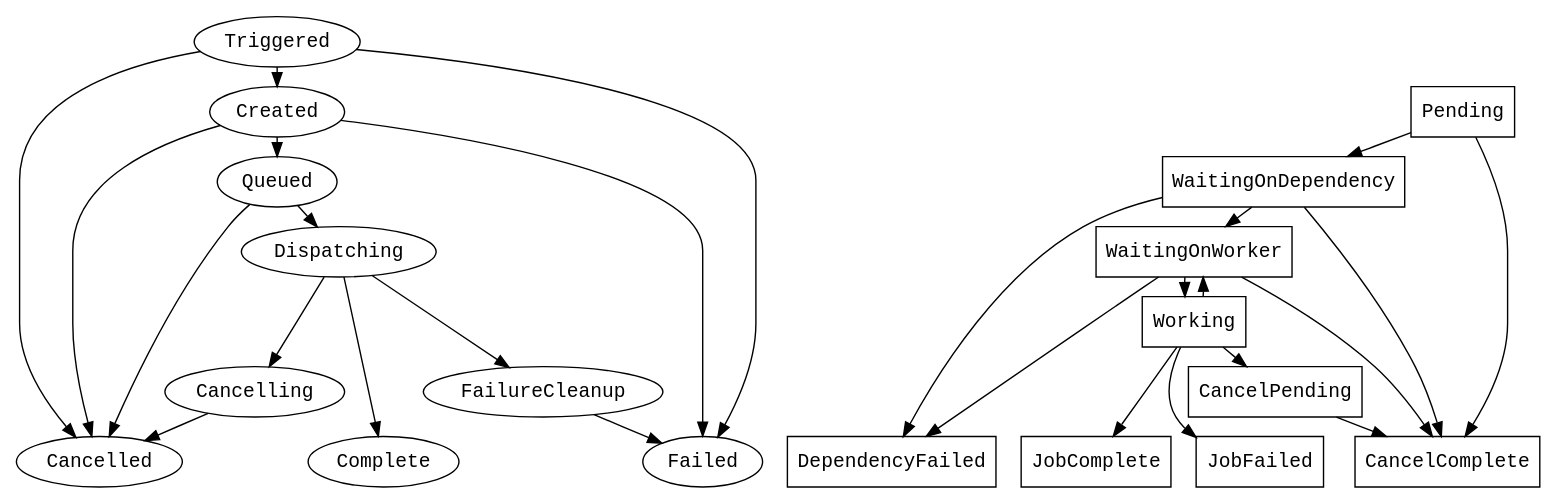
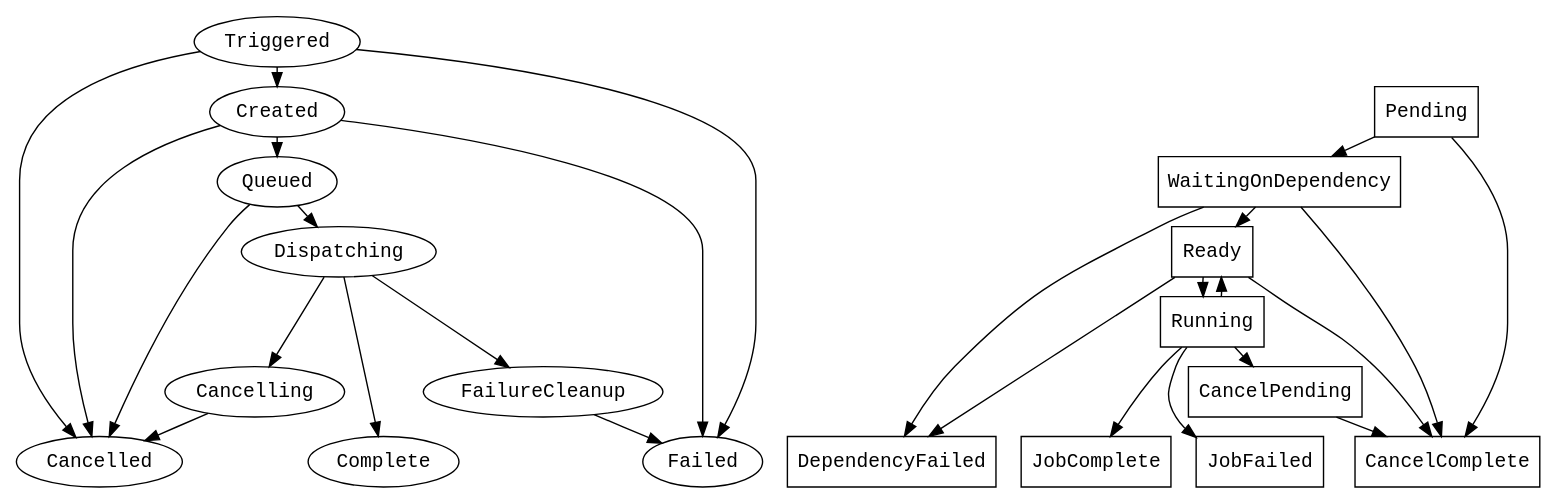
Before and after one commit to habitat-sh/builder: the diagram in components/builder-jobsrv/docs/states.dot, drawn with Graphviz. The commit also changed 9 other files, not shown here.

```diff
--- a/components/builder-jobsrv/docs/states.dot
+++ b/components/builder-jobsrv/docs/states.dot
@@ -1,79 +1,79 @@
 digraph STATES {
 
   ranksep=0.2;
 
 ////////////////////////////////////////////////////////////////////////
 // Group states
 node[fontname="Courier", shape=oval];
 Triggered;
 Created;
 Queued;
 Dispatching;
 Complete;
 FailureCleanup;
 Failed;
 Cancelling;
 Cancelled;
 
 Triggered -> Created;
 Triggered -> Failed;
 Triggered -> Cancelled;
 
 Created -> Queued;
 Created -> Failed;
 Created -> Cancelled;
 
 Queued -> Dispatching;
 Queued -> Cancelled;
 
 Dispatching -> Complete;
 Dispatching -> FailureCleanup;
 Dispatching -> Cancelling;
 
 FailureCleanup -> Failed;
 
 Cancelling -> Cancelled;
 
 ////////////////////////////////////////////////////////////////////////
 // Job states
 node[fontname="Courier", shape=box];
-Pending;
+Pending; // Holding? GroupHold 
 WaitingOnDependency;
-WaitingOnWorker;
-Working;
-JobComplete;
-JobFailed;
+Ready; 
+Running;
+JobComplete; // CompletedJob?
+JobFailed;   // FailedJob?
 DependencyFailed;
 CancelPending;
 CancelComplete;
 
 Pending -> WaitingOnDependency; 
 Pending -> CancelComplete;
 
-WaitingOnDependency -> WaitingOnWorker;
+WaitingOnDependency -> Ready;
 WaitingOnDependency -> DependencyFailed;
 WaitingOnDependency -> CancelComplete;
 
-WaitingOnWorker -> Working;
-WaitingOnWorker -> CancelComplete;
-WaitingOnWorker -> DependencyFailed;
+Ready -> Running;
+Ready -> CancelComplete;
+Ready -> DependencyFailed;
 
-Working -> JobComplete; // Complete
-Working -> JobFailed; // FatalError
-Working -> WaitingOnWorker; // NonFatalError
-Working -> CancelPending;
+Running -> JobComplete; // Complete
+Running -> JobFailed; // FatalError
+Running -> Ready; // NonFatalError
+Running -> CancelPending;
 
 CancelPending -> CancelComplete;
 
 {rank=same; JobFailed JobComplete DependencyFailed CancelComplete}
 
 // Cross FSM relationships
 {rank=same; Created Pending}
-{rank=same; Dispatching WaitingOnWorker}
+{rank=same; Dispatching Ready}
 
 {rank=same; Cancelling FailureCleanup}
 
 {rank=same; Complete Failed Cancelled }
 
 {rank=same; Complete JobComplete}
 }
```
